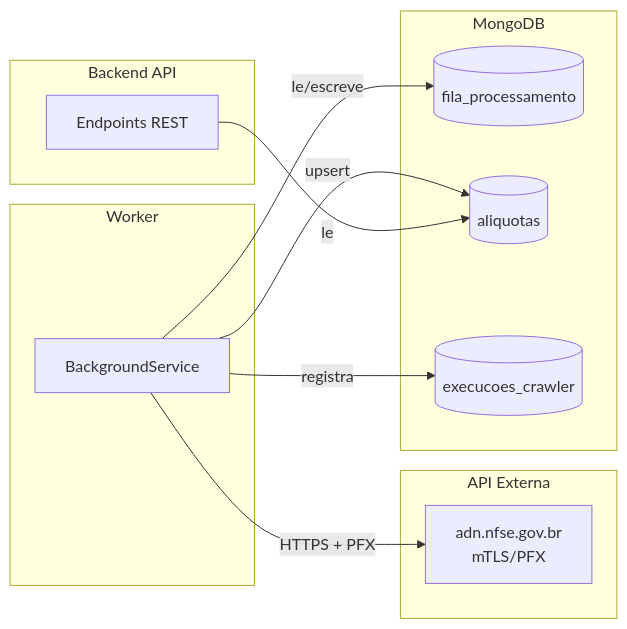
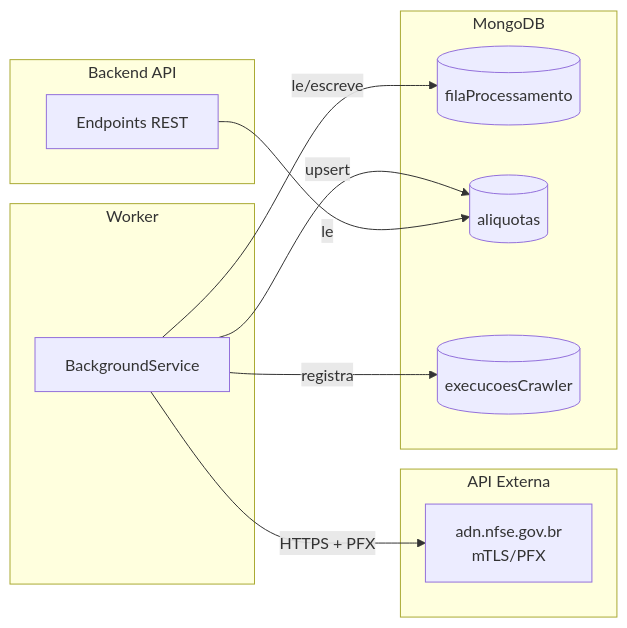
One commit to john182/poc-open-spec changed the first of 8 diagrams in docs/worker-strategy.md. Above: the diagram before and after it, drawn with Mermaid. The commit also changed other lines of this file and 6 other files, not shown here.

````diff
--- a/docs/worker-strategy.md
+++ b/docs/worker-strategy.md
@@ -39,26 +39,26 @@
 ```mermaid
 graph LR
     subgraph Worker
         W[BackgroundService]
     end
 
     subgraph API Externa
         API[adn.nfse.gov.br<br/>mTLS/PFX]
     end
 
     subgraph MongoDB
-        FP[(fila_processamento)]
+        FP[(filaProcessamento)]
         ALQ[(aliquotas)]
-        EXC[(execucoes_crawler)]
+        EXC[(execucoesCrawler)]
     end
 
     subgraph Backend API
         BE[Endpoints REST]
     end
 
     W -->|HTTPS + PFX| API
     W -->|le/escreve| FP
     W -->|upsert| ALQ
     W -->|registra| EXC
     BE -->|le| ALQ
 ```
````
